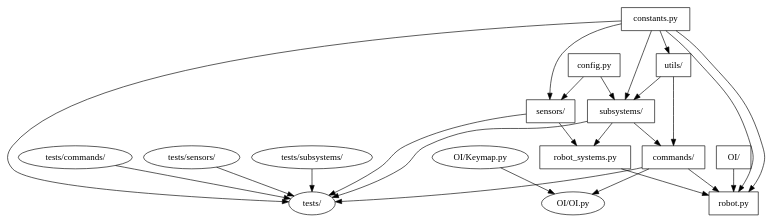
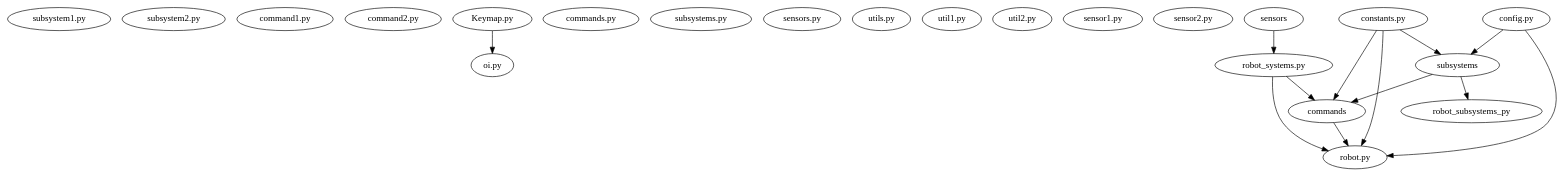
Before and after one commit to Choate-Robotics/Programming-SOPs: the diagram in docs/code/file_structure.rst, drawn with Graphviz.

```diff
--- a/docs/code/file_structure.rst
+++ b/docs/code/file_structure.rst
@@ -9,55 +9,57 @@
 .. graphviz::
 
 
     digraph file_structure {
 
-        subgraph OI {
-            label="OI/"
-            Keymap -> OI_py
+        subgraph subsystems {
+            subsystem1_py [label="subsystem1.py"]
+            subsystem2_py [label="subsystem2.py"]
+        }
+
+        subgraph commands {
+            command1_py [label="command1.py"]
+            command2_py [label="command2.py"]
+        }
+
+        subgraph oi {
+            oi_py [label="oi.py"]
+            Keymap_py [label="Keymap.py"]
+            Keymap_py -> oi_py
         }
 
         subgraph tests {
-            label="tests/"
-            tests_subsystems -> tests
-            tests_commands -> tests
-            tests_sensors -> tests
+            commands_tests_py [label="commands.py"]
+            subsystems_tests_py [label="subsystems.py"]
+            sensors_tests_py [label="sensors.py"]
+            utils_tests_py [label="utils.py"]
         }
 
-        node [shape=box]
-        commands [label="commands/"]
-        subsystems [label="subsystems/"]
-        OI [label="OI/"]
-        OI_py [label="OI/OI.py"]
-        Keymap [label="OI/Keymap.py"]
-        sensors [label="sensors/"]
-        tests [label="tests/"]
-        tests_subsystems [label="tests/subsystems/"]
-        tests_commands [label="tests/commands/"]
-        tests_sensors [label="tests/sensors/"]
-        utils [label="utils/"]
+        subgraph utils {
+            util1_py [label="util1.py"]
+            util2_py [label="util2.py"]
+        }
+
+        subgraph sensors {
+            sensor1_py [label="sensor1.py"]
+            sensor2_py [label="sensor2.py"]
+        }
+
         robot_py [label="robot.py"]
+        robot_systems_py [label="robot_systems.py"]
         constants_py [label="constants.py"]
         config_py [label="config.py"]
-        robot_systems_py [label="robot_systems.py"]
 
+        subsystems -> robot_subsystems_py
+        sensors -> robot_systems_py
+        robot_systems_py -> commands
+        robot_systems_py -> robot_py
+        subsystems -> commands
         commands -> robot_py
-        commands -> OI_py
-        OI -> robot_py
         constants_py -> robot_py
+        config_py -> robot_py
         constants_py -> subsystems
-        constants_py -> sensors
-        constants_py -> utils
+        constants_py -> commands
         config_py -> subsystems
-        config_py -> sensors
-        subsystems -> robot_systems_py
-        sensors -> robot_systems_py
-        utils -> subsystems
-        utils -> commands
-        robot_systems_py -> robot_py
-        subsystems -> tests
-        subsystems -> commands
-        commands -> tests
-        sensors -> tests
-        constants_py -> tests
-        constants_py -> robot_py
+        
+        
     }
```
